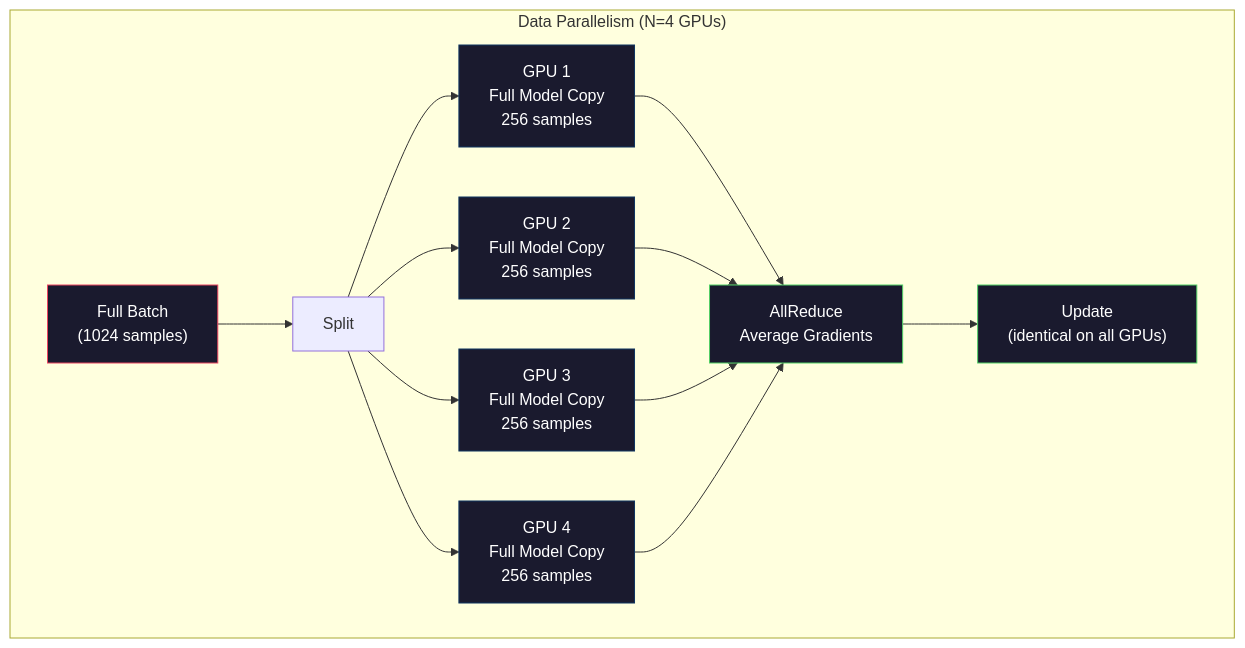
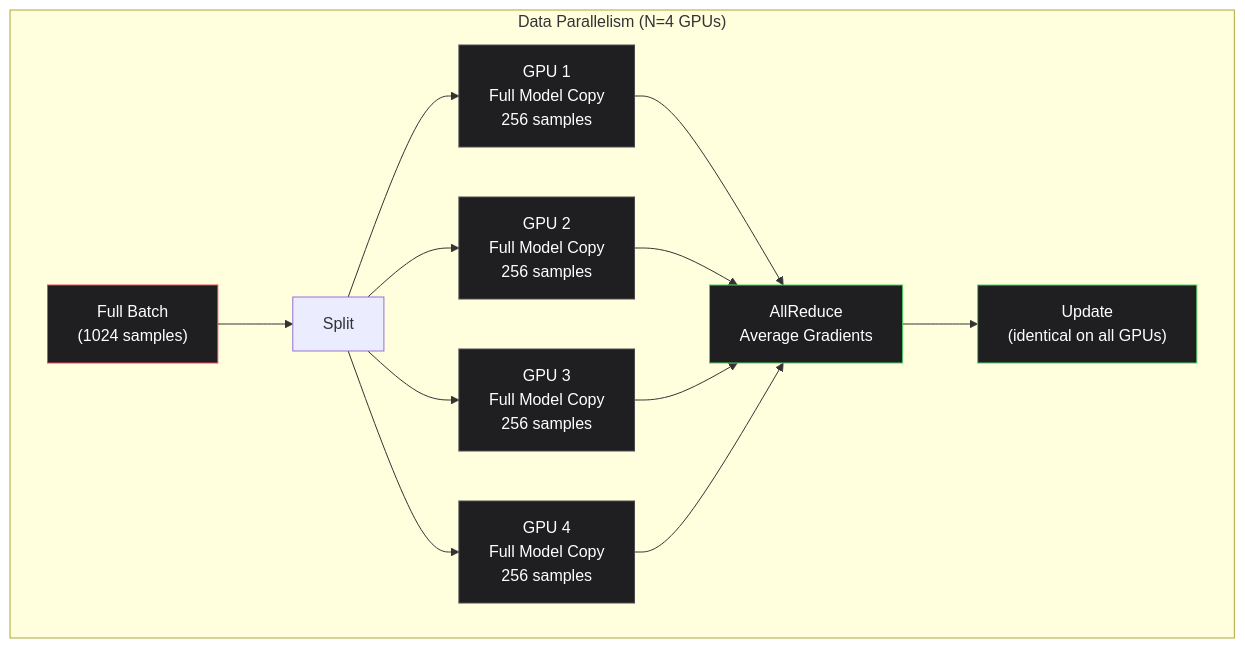
One commit to SystemaOps/ai-engineering-Systemaops changed the first of 3 diagrams in phases/10-llms-from-scratch/05-scaling-distributed/docs/en.md. Above: the diagram before and after it, drawn with Mermaid. The commit also changed other lines of this file and 28 other files, not shown here.

````diff
--- a/phases/10-llms-from-scratch/05-scaling-distributed/docs/en.md
+++ b/phases/10-llms-from-scratch/05-scaling-distributed/docs/en.md
@@ -58,23 +58,23 @@
 ```mermaid
 graph TD
     subgraph DataParallel["Data Parallelism (N=4 GPUs)"]
         B["Full Batch\n(1024 samples)"] --> S["Split"]
         S --> G1["GPU 1\nFull Model Copy\n256 samples"]
         S --> G2["GPU 2\nFull Model Copy\n256 samples"]
         S --> G3["GPU 3\nFull Model Copy\n256 samples"]
         S --> G4["GPU 4\nFull Model Copy\n256 samples"]
         G1 --> AR["AllReduce\nAverage Gradients"]
         G2 --> AR
         G3 --> AR
         G4 --> AR
         AR --> U["Update\n(identical on all GPUs)"]
     end
 
-    style B fill:#1a1a2e,stroke:#e94560,color:#fff
-    style G1 fill:#1a1a2e,stroke:#0f3460,color:#fff
-    style G2 fill:#1a1a2e,stroke:#0f3460,color:#fff
-    style G3 fill:#1a1a2e,stroke:#0f3460,color:#fff
-    style G4 fill:#1a1a2e,stroke:#0f3460,color:#fff
-    style AR fill:#1a1a2e,stroke:#51cf66,color:#fff
-    style U fill:#1a1a2e,stroke:#51cf66,color:#fff
+    style B fill:#1f1f22,stroke:#e94560,color:#fff
+    style G1 fill:#1f1f22,stroke:#4a4a50,color:#fff
+    style G2 fill:#1f1f22,stroke:#4a4a50,color:#fff
+    style G3 fill:#1f1f22,stroke:#4a4a50,color:#fff
+    style G4 fill:#1f1f22,stroke:#4a4a50,color:#fff
+    style AR fill:#1f1f22,stroke:#51cf66,color:#fff
+    style U fill:#1f1f22,stroke:#51cf66,color:#fff
 ```
````
